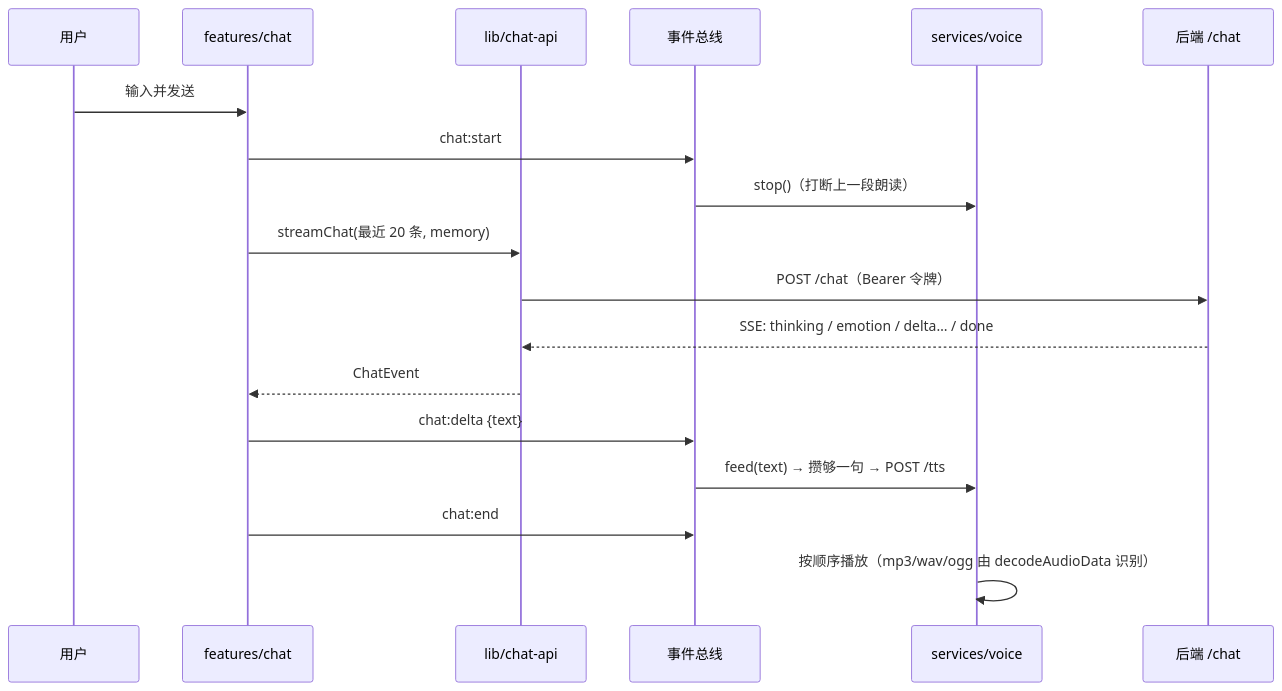
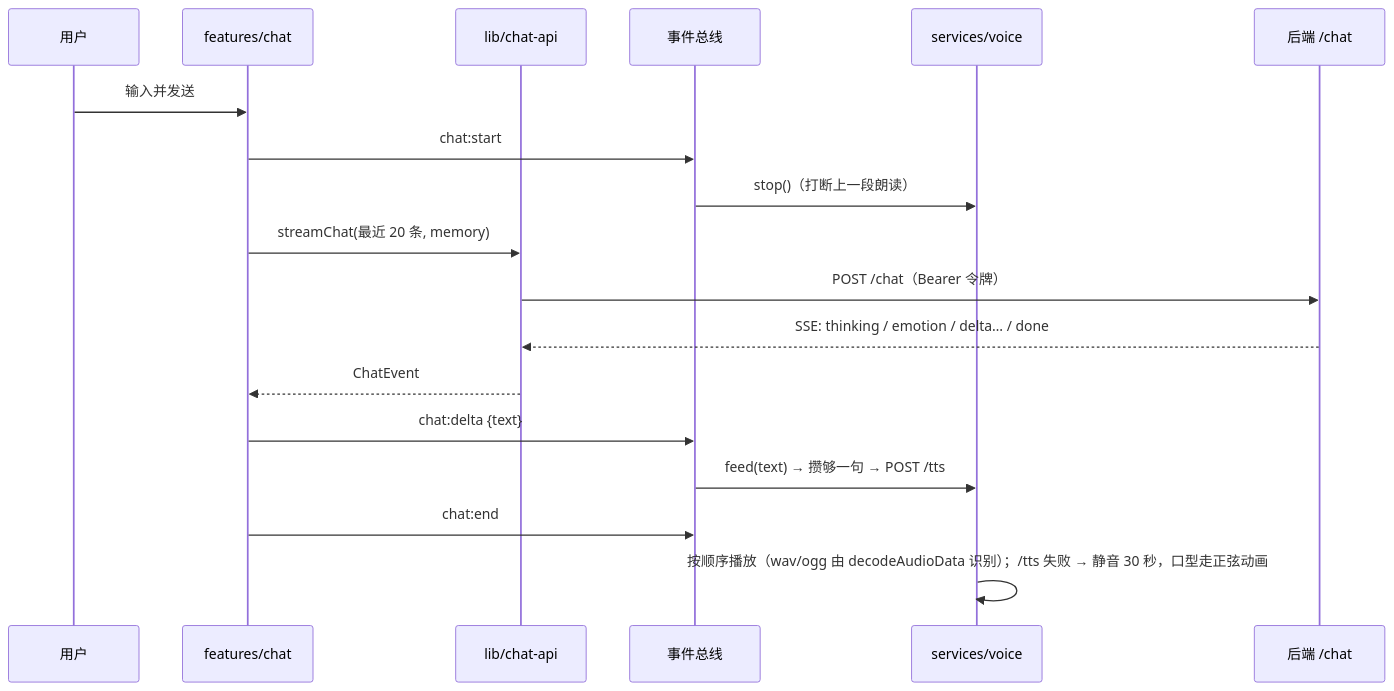
The fourth of 7 diagrams in doc/架构文档.md (Mkerry12/DeepSeek-BoardMate), drawn with Mermaid before and after one commit. The commit also changed other lines of this file and 39 other files, not shown here.

````diff
--- a/doc/架构文档.md
+++ b/doc/架构文档.md
@@ -110,20 +109,20 @@
 ```mermaid
 sequenceDiagram
     participant U as 用户
     participant Chat as features/chat
     participant API as lib/chat-api
     participant Bus as 事件总线
     participant Voice as services/voice
     participant S as 后端 /chat
     U->>Chat: 输入并发送
     Chat->>Bus: chat:start
     Bus->>Voice: stop()（打断上一段朗读）
     Chat->>API: streamChat(最近 20 条, memory)
     API->>S: POST /chat（Bearer 令牌）
     S-->>API: SSE: thinking / emotion / delta… / done
     API-->>Chat: ChatEvent
     Chat->>Bus: chat:delta {text}
     Bus->>Voice: feed(text) → 攒够一句 → POST /tts
     Chat->>Bus: chat:end
-    Voice->>Voice: 按顺序播放（mp3/wav/ogg 由 decodeAudioData 识别）
+    Voice->>Voice: 按顺序播放（wav/ogg 由 decodeAudioData 识别）；/tts 失败 → 静音 30 秒，口型走正弦动画
 ```
````
